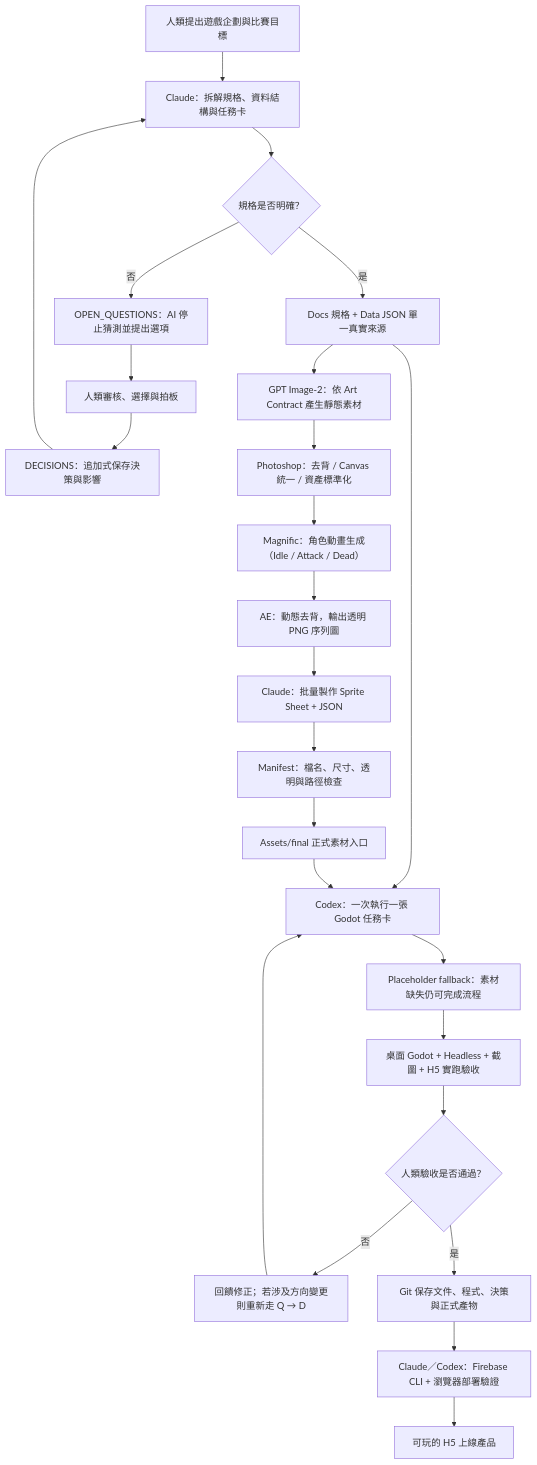
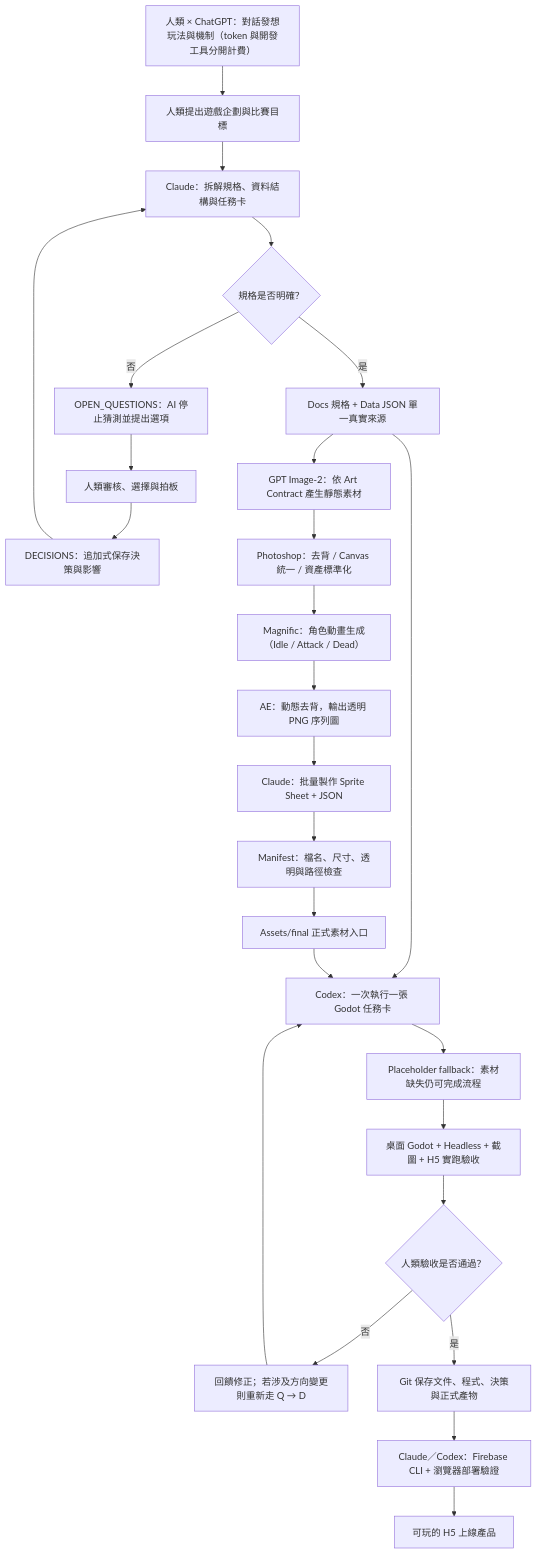
One commit to testBP0612/CrushGameDemo changed the diagram in Planning/08_COMPETITION_AI_USAGE_AND_WORKFLOW.md. Above: the diagram before and after it, drawn with Mermaid. The commit also changed other lines of this file and 7 other files, not shown here.

First line of the commit message:
docs+deliverables: 送件版 PPT 重生成（含 ChatGPT 發想階段與 repo 證據頁）

````diff
--- a/Planning/08_COMPETITION_AI_USAGE_AND_WORKFLOW.md
+++ b/Planning/08_COMPETITION_AI_USAGE_AND_WORKFLOW.md
@@ -108,33 +118,34 @@
 ```mermaid
 flowchart TD
-    A["人類提出遊戲企劃與比賽目標"] --> B["Claude：拆解規格、資料結構與任務卡"]
+    A0["人類 × ChatGPT：對話發想玩法與機制（token 與開發工具分開計費）"] --> A["人類提出遊戲企劃與比賽目標"]
+    A --> B["Claude：拆解規格、資料結構與任務卡"]
     B --> C{"規格是否明確？"}
 
     C -- "否" --> D["OPEN_QUESTIONS：AI 停止猜測並提出選項"]
     D --> E["人類審核、選擇與拍板"]
     E --> F["DECISIONS：追加式保存決策與影響"]
     F --> B
 
     C -- "是" --> G["Docs 規格 + Data JSON 單一真實來源"]
     G --> H["Codex：一次執行一張 Godot 任務卡"]
     G --> I["GPT Image-2：依 Art Contract 產生靜態素材"]
 
     I --> I1["Photoshop：去背 / Canvas 統一 / 資產標準化"]
     I1 --> I2["Magnific：角色動畫生成（Idle / Attack / Dead）"]
     I2 --> I3["AE：動態去背，輸出透明 PNG 序列圖"]
     I3 --> I4["Claude：批量製作 Sprite Sheet + JSON"]
     I4 --> J["Manifest：檔名、尺寸、透明與路徑檢查"]
     J --> K["Assets/final 正式素材入口"]
     K --> H
 
     H --> L["Placeholder fallback：素材缺失仍可完成流程"]
     L --> M["桌面 Godot + Headless + 截圖 + H5 實跑驗收"]
 
     M --> N{"人類驗收是否通過？"}
     N -- "否" --> O["回饋修正；若涉及方向變更則重新走 Q → D"]
     O --> H
     N -- "是" --> P["Git 保存文件、程式、決策與正式產物"]
 
     P --> Q["Claude／Codex：Firebase CLI + 瀏覽器部署驗證"]
     Q --> R["可玩的 H5 上線產品"]
 ```
````
